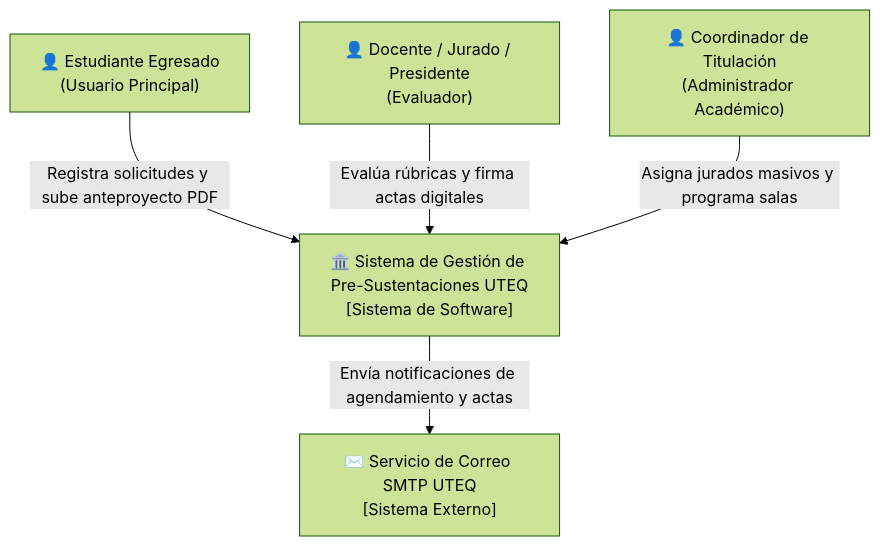
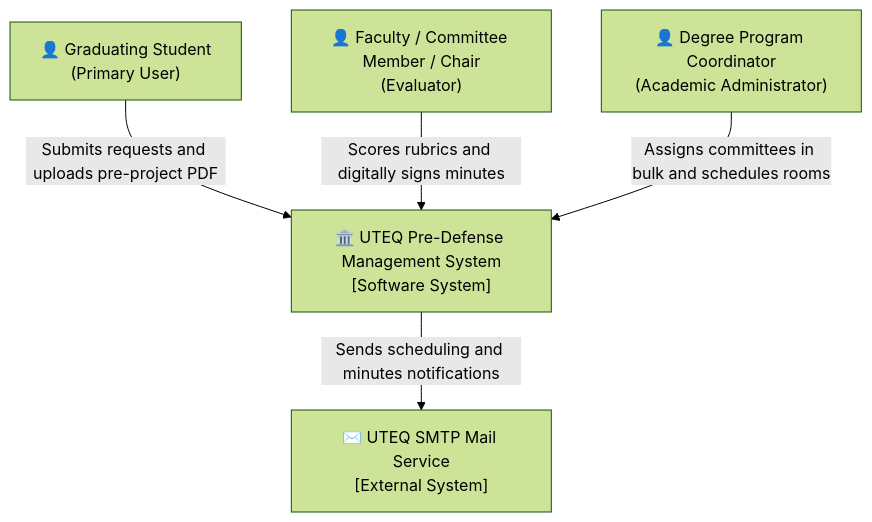
Before and after one commit to carla22072004/PFC-Presustentaciones-2026: the first of 3 diagrams in docs/arquitectura/README.md, drawn with Mermaid (forest theme). The commit also changed other lines of this file and 20 other files, not shown here.

````diff
--- a/docs/arquitectura/README.md
+++ b/docs/arquitectura/README.md
@@ -12,14 +17,14 @@
 ```mermaid
 graph TD
-    Estudiante["👤 Estudiante Egresado<br/>(Usuario Principal)"]
-    Docente["👤 Docente / Jurado / Presidente<br/>(Evaluador)"]
-    Coordinador["👤 Coordinador de Titulación<br/>(Administrador Académico)"]
+    Estudiante["👤 Graduating Student<br/>(Primary User)"]
+    Docente["👤 Faculty / Committee Member / Chair<br/>(Evaluator)"]
+    Coordinador["👤 Degree Program Coordinator<br/>(Academic Administrator)"]
 
-    Sistema["🏛️ Sistema de Gestión de Pre-Sustentaciones UTEQ<br/>[Sistema de Software]"]
-    MailService["✉️ Servicio de Correo SMTP UTEQ<br/>[Sistema Externo]"]
+    Sistema["🏛️ UTEQ Pre-Defense Management System<br/>[Software System]"]
+    MailService["✉️ UTEQ SMTP Mail Service<br/>[External System]"]
 
-    Estudiante -->|"Registra solicitudes y sube anteproyecto PDF"| Sistema
-    Docente -->|"Evalúa rúbricas y firma actas digitales"| Sistema
-    Coordinador -->|"Asigna jurados masivos y programa salas"| Sistema
-    Sistema -->|"Envía notificaciones de agendamiento y actas"| MailService
+    Estudiante -->|"Submits requests and uploads pre-project PDF"| Sistema
+    Docente -->|"Scores rubrics and digitally signs minutes"| Sistema
+    Coordinador -->|"Assigns committees in bulk and schedules rooms"| Sistema
+    Sistema -->|"Sends scheduling and minutes notifications"| MailService
 ```
````
